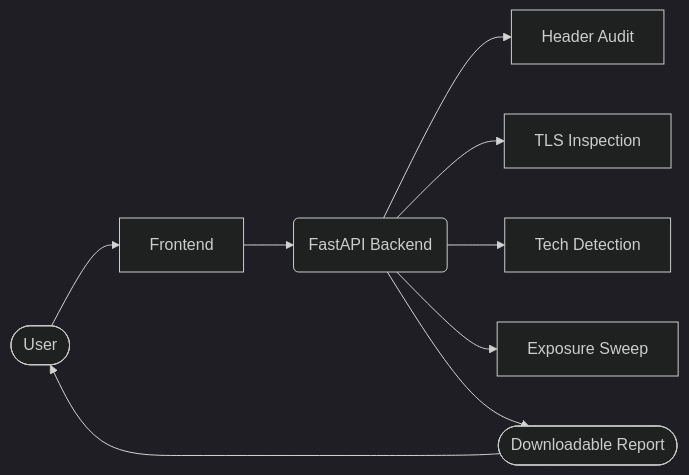
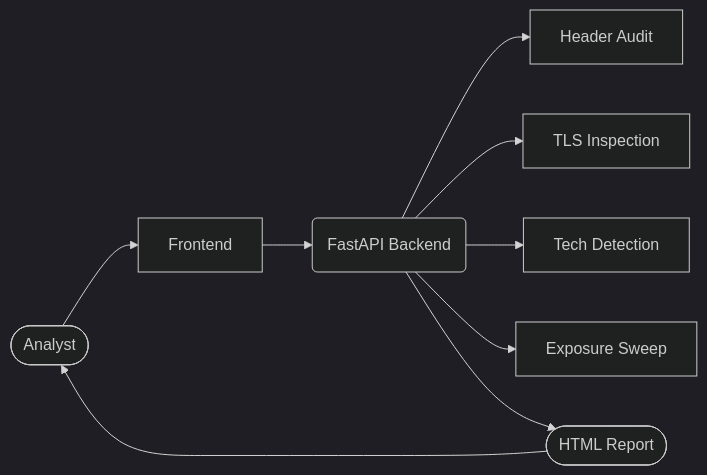
The diagram in README.md (sr-857/vulnvision), drawn with Mermaid (dark theme) before and after one commit. The commit also changed other lines of this file, not shown here.

````diff
--- a/README.md
+++ b/README.md
@@ -35,11 +50,11 @@
 ```mermaid
 flowchart LR
-    user([User]) --> ui[Frontend]
+    user([Analyst]) --> ui[Frontend]
     ui --> backend(FastAPI Backend)
     backend --> headers[Header Audit]
     backend --> tls[TLS Inspection]
     backend --> tech[Tech Detection]
     backend --> exposures[Exposure Sweep]
-    backend --> report([Downloadable Report])
+    backend --> report([HTML Report])
     report --> user
 ```
````
